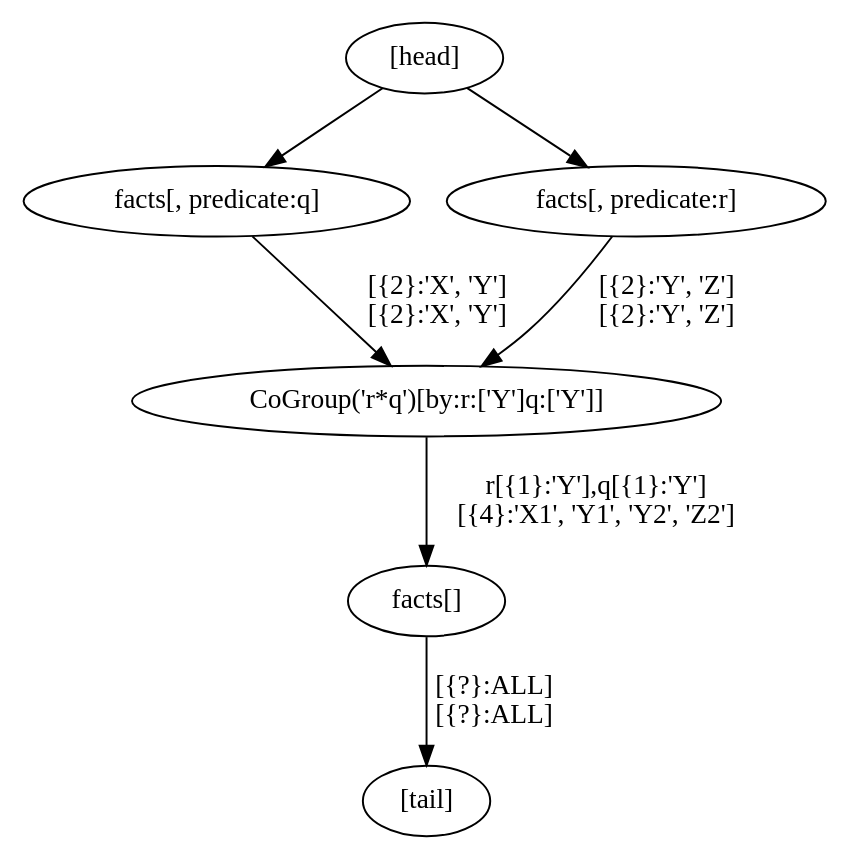
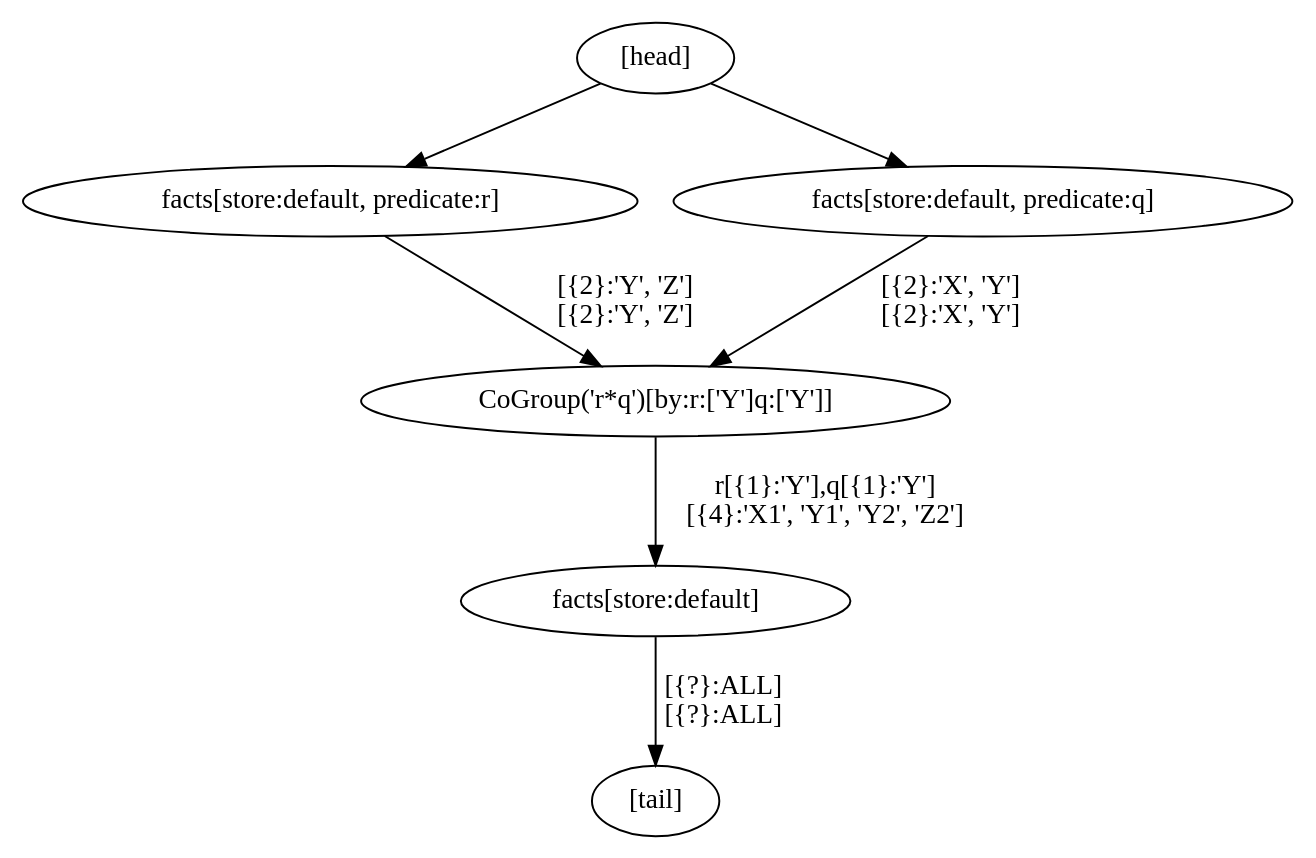
Before and after one commit to distributed-iris-reasoner/distributed-iris-reasoner: the diagram in iris-impl-distributed/r*q.dot, drawn with Graphviz.

Commit message:
Example Dot

```diff
--- a/iris-impl-distributed/r*q.dot
+++ b/iris-impl-distributed/r*q.dot
@@ -1,14 +1,14 @@
 digraph G {
-  1 [label = "facts[]"];
+  1 [label = "facts[store:default]"];
   2 [label = "CoGroup('r*q')[by:r:['Y']q:['Y']]"];
-  3 [label = "facts[, predicate:q]"];
-  4 [label = "facts[, predicate:r]"];
+  3 [label = "facts[store:default, predicate:r]"];
+  4 [label = "facts[store:default, predicate:q]"];
   5 [label = "[head]"];
   6 [label = "[tail]"];
+  5 -> 3 [label = ""];
   5 -> 4 [label = ""];
-  5 -> 3 [label = ""];
   1 -> 6 [label = "[{?}:ALL]\n[{?}:ALL]"];
-  3 -> 2 [label = "[{2}:'X', 'Y']\n[{2}:'X', 'Y']"];
+  4 -> 2 [label = "[{2}:'X', 'Y']\n[{2}:'X', 'Y']"];
   2 -> 1 [label = "r[{1}:'Y'],q[{1}:'Y']\n[{4}:'X1', 'Y1', 'Y2', 'Z2']"];
-  4 -> 2 [label = "[{2}:'Y', 'Z']\n[{2}:'Y', 'Z']"];
+  3 -> 2 [label = "[{2}:'Y', 'Z']\n[{2}:'Y', 'Z']"];
 }
```
